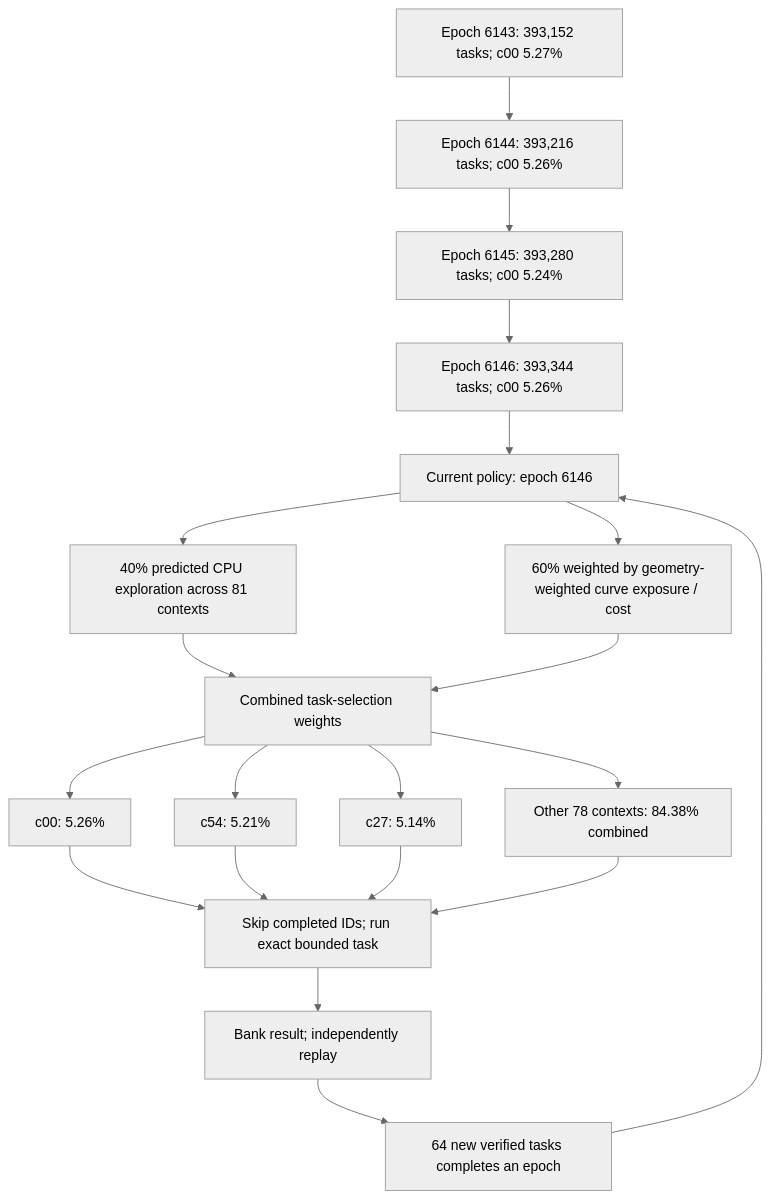
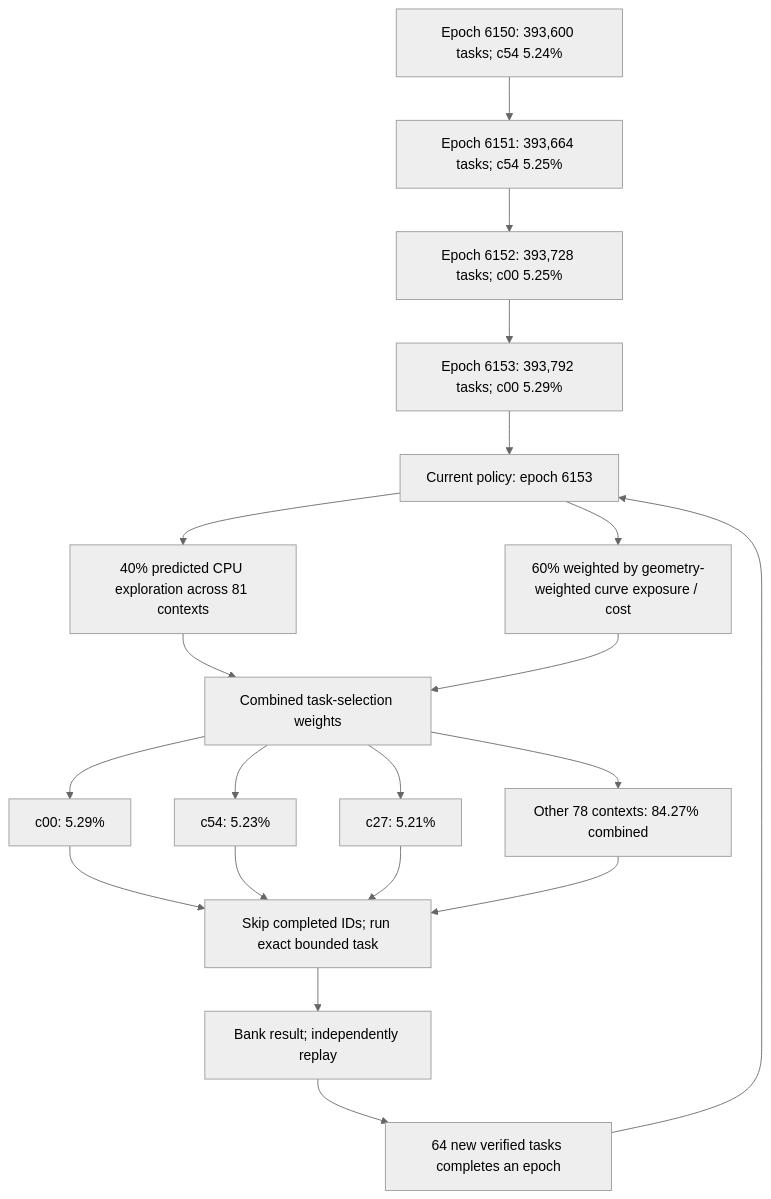
One commit to Kuberwastaken/math-gambling changed the first of 4 diagrams in README.md. Above: the diagram before and after it, drawn with Mermaid (neutral theme). The commit also changed other lines of this file and 970 other files, not shown here.

````diff
--- a/README.md
+++ b/README.md
@@ -60,27 +60,27 @@
 ```mermaid
 flowchart TD
-    H0["Epoch 6143: 393,152 tasks; c00 5.27%"]
-    H1["Epoch 6144: 393,216 tasks; c00 5.26%"]
+    H0["Epoch 6150: 393,600 tasks; c54 5.24%"]
+    H1["Epoch 6151: 393,664 tasks; c54 5.25%"]
     H0 --> H1
-    H2["Epoch 6145: 393,280 tasks; c00 5.24%"]
+    H2["Epoch 6152: 393,728 tasks; c00 5.25%"]
     H1 --> H2
-    H3["Epoch 6146: 393,344 tasks; c00 5.26%"]
+    H3["Epoch 6153: 393,792 tasks; c00 5.29%"]
     H2 --> H3
-    Policy["Current policy: epoch 6146"]
+    Policy["Current policy: epoch 6153"]
     H3 --> Policy
     Policy --> Explore["40% predicted CPU exploration across 81 contexts"]
     Policy --> Cost["60% weighted by geometry-weighted curve exposure / cost"]
     Explore --> Mix["Combined task-selection weights"]
     Cost --> Mix
-    Mix --> C0["c00: 5.26%"]
-    Mix --> C1["c54: 5.21%"]
-    Mix --> C2["c27: 5.14%"]
-    Mix --> Rest["Other 78 contexts: 84.38% combined"]
+    Mix --> C0["c00: 5.29%"]
+    Mix --> C1["c54: 5.23%"]
+    Mix --> C2["c27: 5.21%"]
+    Mix --> Rest["Other 78 contexts: 84.27% combined"]
     C0 --> Check["Skip completed IDs; run exact bounded task"]
     C1 --> Check
     C2 --> Check
     Rest --> Check
     Check --> Replay["Bank result; independently replay"]
     Replay --> Gate["64 new verified tasks completes an epoch"]
     Gate --> Policy
 ```
````
